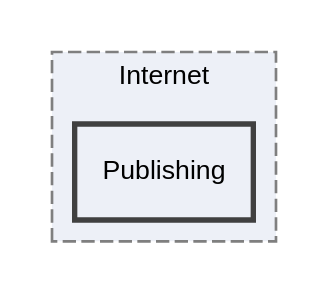
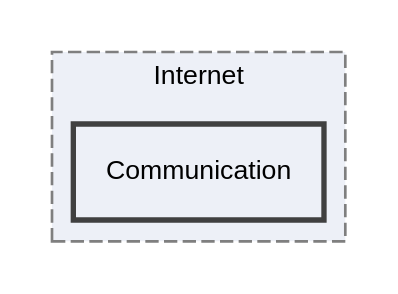
One commit to OPEnSLab-OSU/Loom-V4 changed the diagram in docs/dir_1ca34cf572c45a642a075944bbe22536_dep.dot. Above: the diagram before and after it, drawn with Graphviz. The commit also changed 17 other files, not shown here.

```diff
--- a/docs/dir_1ca34cf572c45a642a075944bbe22536_dep.dot
+++ b/docs/dir_1ca34cf572c45a642a075944bbe22536_dep.dot
@@ -1,11 +1,11 @@
-digraph "src/Internet/Publishing"
+digraph "src/Internet/Communication"
 {
  // LATEX_PDF_SIZE
   edge [fontname="Helvetica",fontsize="10",labelfontname="Helvetica",labelfontsize="10"];
   node [fontname="Helvetica",fontsize="10",shape=record];
   compound=true
   subgraph clusterdir_2ecf6838cdc88e20256346192ca19613 {
     graph [ bgcolor="#edf0f7", pencolor="grey50", style="filled,dashed,", label="Internet", fontname="Helvetica", fontsize="10", URL="dir_2ecf6838cdc88e20256346192ca19613.html"]
-  dir_1ca34cf572c45a642a075944bbe22536 [shape=box, label="Publishing", style="filled,bold,", fillcolor="#edf0f7", color="grey25", URL="dir_1ca34cf572c45a642a075944bbe22536.html"];
+  dir_1ca34cf572c45a642a075944bbe22536 [shape=box, label="Communication", style="filled,bold,", fillcolor="#edf0f7", color="grey25", URL="dir_1ca34cf572c45a642a075944bbe22536.html"];
   }
 }
```
